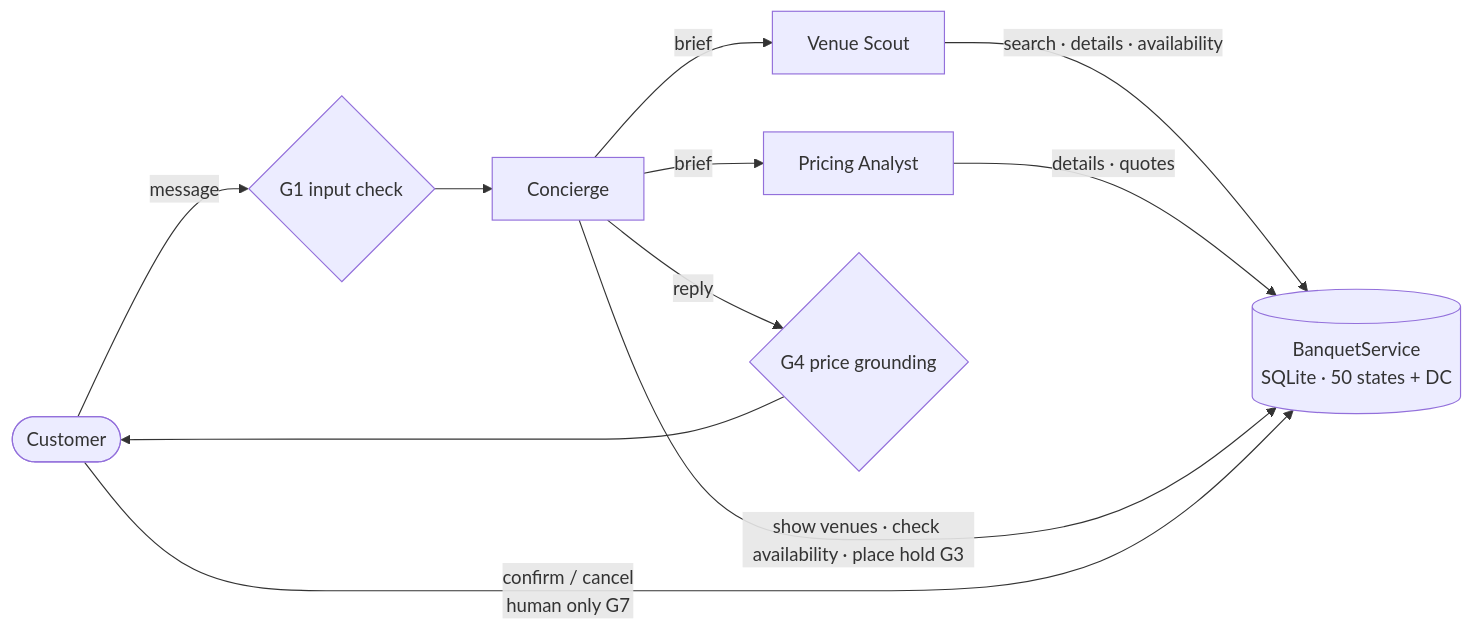
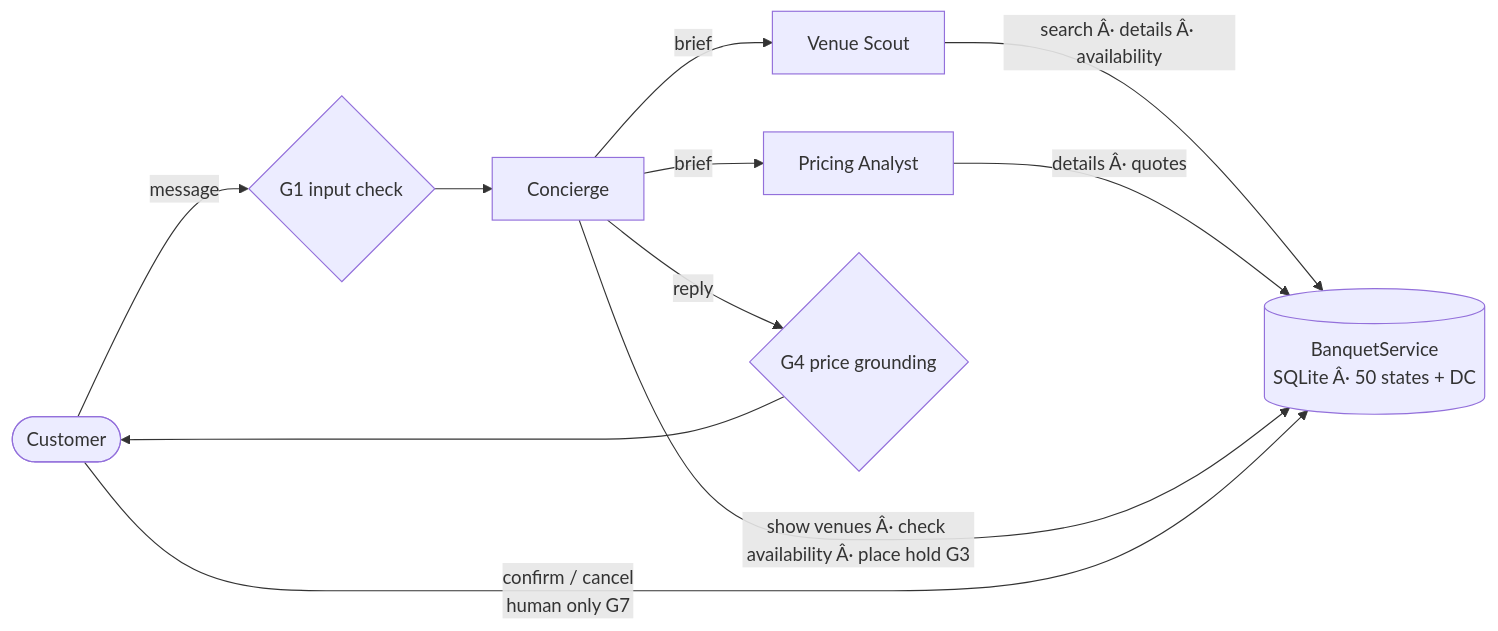
One commit to emitby/OpenTable-for-Banquet-Halls-Using-Agentic-Workflows changed the diagram in README.md. Above: the diagram before and after it, drawn with Mermaid. The commit also changed other lines of this file and 10 other files, not shown here.

````diff
--- a/README.md
+++ b/README.md
@@ -38,13 +38,13 @@
 ```mermaid
 flowchart LR
     C([Customer]) -->|message| G1{G1 input check}
     G1 --> CON[Concierge]
     CON -->|brief| SC[Venue Scout]
     CON -->|brief| PA[Pricing Analyst]
-    SC -->|search · details · availability| DB[(BanquetService<br/>SQLite · 50 states + DC)]
-    PA -->|details · quotes| DB
-    CON -->|show venues · check availability · place hold G3| DB
+    SC -->|search Â· details Â· availability| DB[(BanquetService<br/>SQLite Â· 50 states + DC)]
+    PA -->|details Â· quotes| DB
+    CON -->|show venues Â· check availability Â· place hold G3| DB
     CON -->|reply| G4{G4 price grounding}
     G4 --> C
     C -->|confirm / cancel<br/>human only G7| DB
 ```
````
